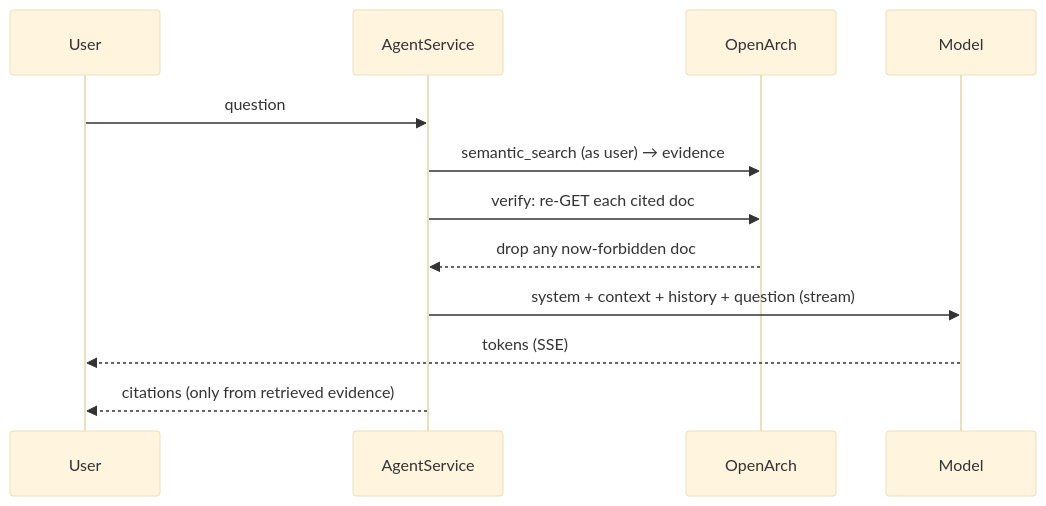
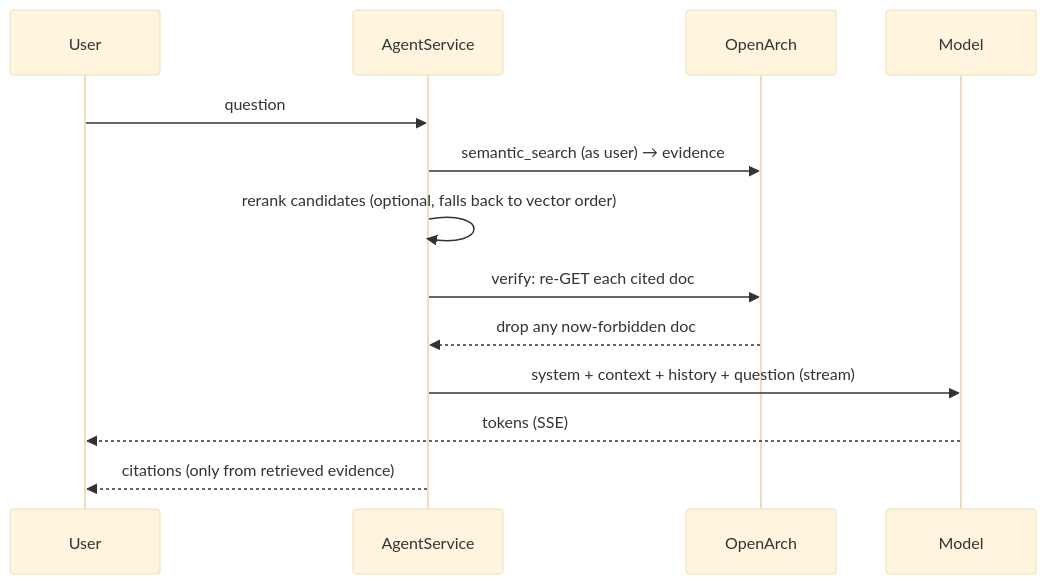
Before and after one commit to haaldinger/openarch-studio: the fourth of 4 diagrams in docs/TECHNICAL-DEEP-DIVE.md, drawn with Mermaid (base theme). The commit also changed other lines of this file and 8 other files, not shown here.

````diff
--- a/docs/TECHNICAL-DEEP-DIVE.md
+++ b/docs/TECHNICAL-DEEP-DIVE.md
@@ -247,14 +274,15 @@
 ```mermaid
 sequenceDiagram
     participant U as User
     participant A as AgentService
     participant O as OpenArch
     participant M as Model
     U->>A: question
     A->>O: semantic_search (as user) → evidence
+    A->>A: rerank candidates (optional, falls back to vector order)
     A->>O: verify: re-GET each cited doc
     O-->>A: drop any now-forbidden doc
     A->>M: system + context + history + question (stream)
     M-->>U: tokens (SSE)
     A-->>U: citations (only from retrieved evidence)
 ```
````
